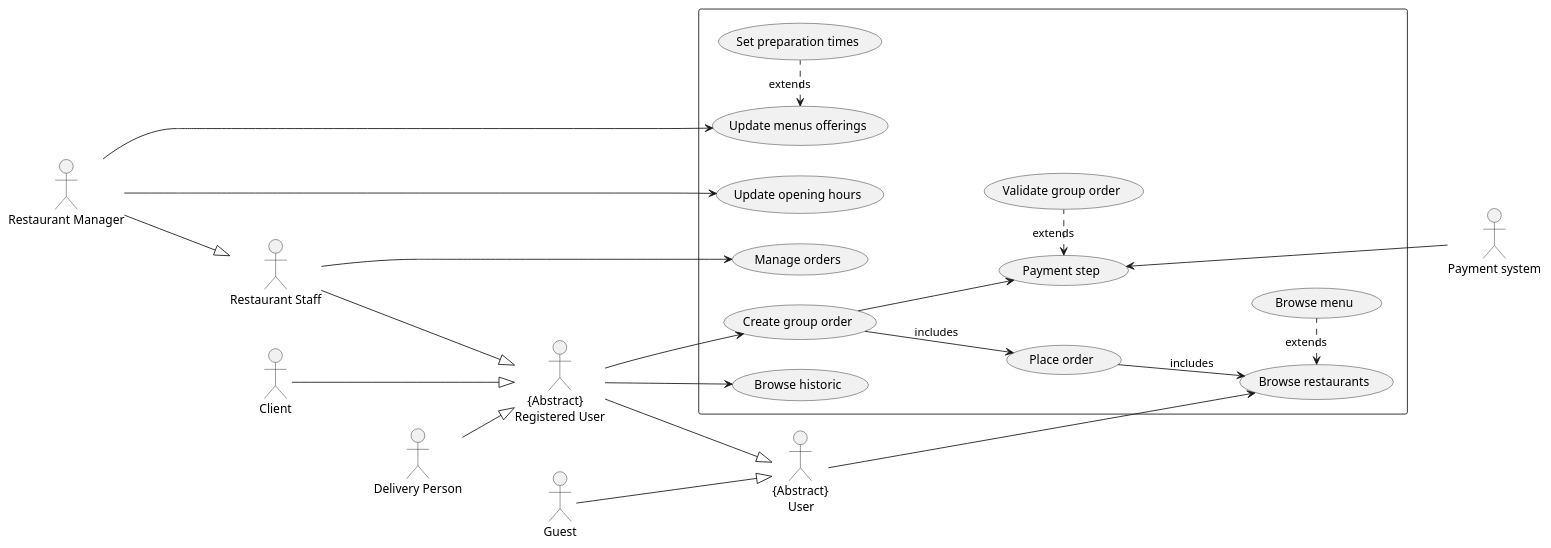
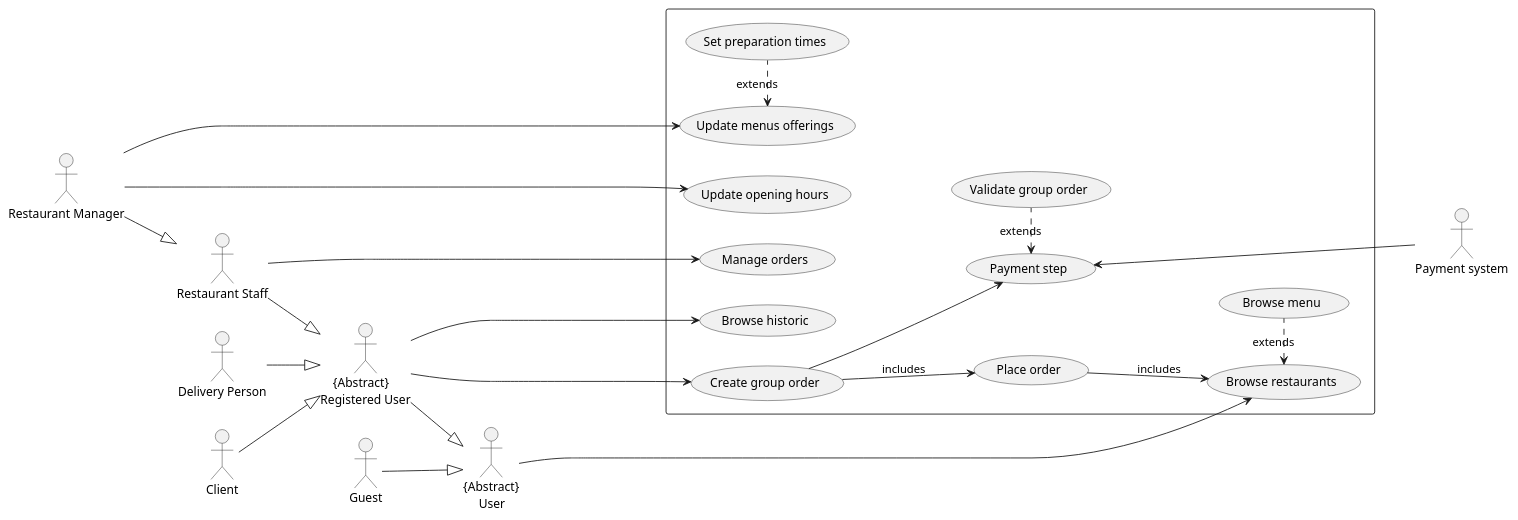
The first of 2 diagrams in doc/uml.md (Other-Project/SI4-STEats), drawn with PlantUML before and after one commit. The commit also changed other lines of this file, not shown here.

Commit message:
docs: Update use case diagram

````diff
--- a/doc/uml.md
+++ b/doc/uml.md
@@ -15,49 +15,48 @@
 ```plantuml
 @startuml
 left to right direction
 actor "Restaurant Manager" as manager
 actor "Restaurant Staff" as restaurant
 actor "Client" as client
 actor "Delivery Person" as delivery
 actor "    {Abstract}\nRegistered User" as registered_user
 actor "Guest" as guest
 actor "{Abstract}\n     User" as user
+actor "Payment system" as payment_system
 rectangle {
   usecase "Browse restaurants" as UC1
   usecase "Browse menu" as UC2
   usecase "Update opening hours" as UC10
   usecase "Update menus offerings" as UC20
   usecase "Set preparation times" as UC30
   usecase "Manage orders" as UC40
   usecase "Place order" as UC3
   usecase "Create group order" as UC4
   usecase "Validate group order" as UC5
   usecase "Browse historic" as UC6
   usecase "Payment step" as UC7
 }
-actor "Payment system" as payment_system
-guest ---|> user
-client ---|> registered_user
-manager ---|> restaurant
+guest --|> user
+client --|> registered_user
+manager --|> restaurant
 delivery --|> registered_user
-restaurant ---|> registered_user
-registered_user ---|> user
-
-user ---> UC1
+restaurant --|> registered_user
+registered_user --|> user
+user ------> UC1
 UC1 <. UC2 : extends
  
 UC3 --> UC1 : includes
 registered_user ---> UC4 
 registered_user ---> UC6
 UC4 --> UC3 : includes
 UC4 --> UC7
 UC7 <. UC5 : extends
 UC7 <--- payment_system
 
 restaurant --> UC40
-manager ---> UC10
-manager ---> UC20
+manager --> UC10
+manager --> UC20
 UC20 <. UC30 : extends
 
 @enduml
 ```
````
